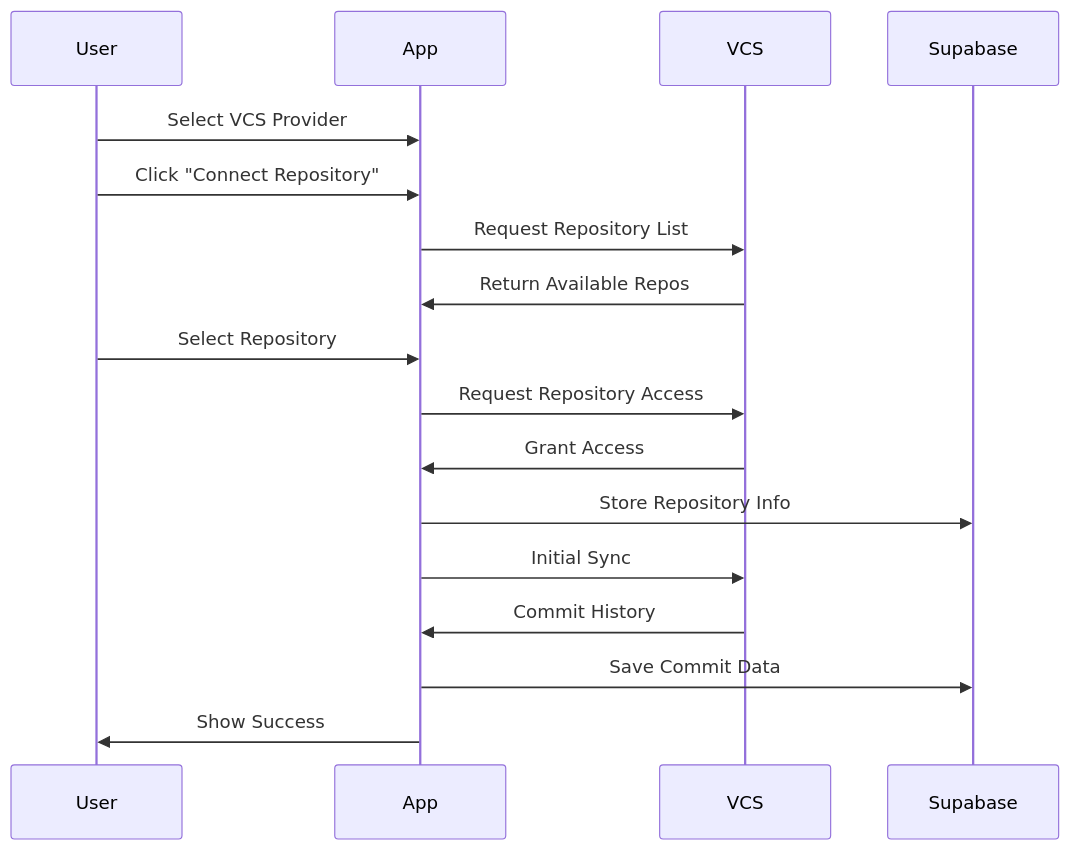
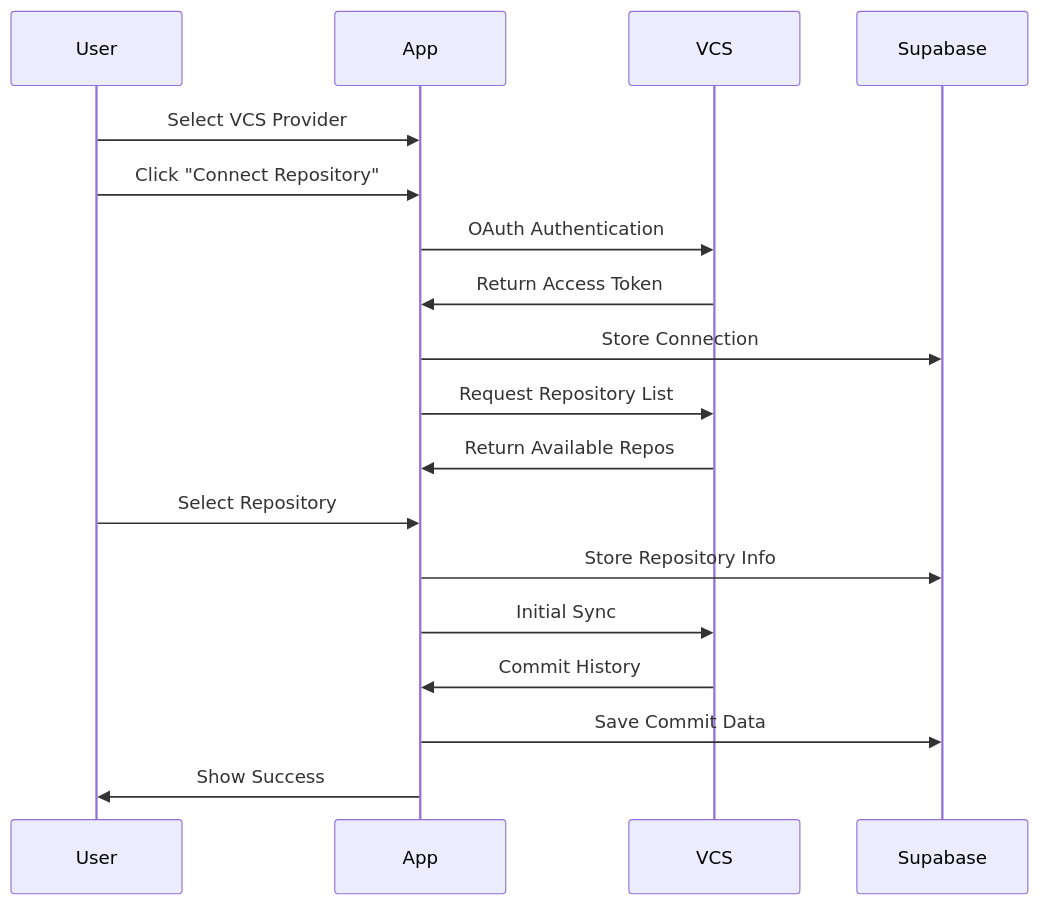
Before and after one commit to marcstampfli/gitfables: the diagram in docs/features/repositories.md, drawn with Mermaid. The commit also changed other lines of this file and 11 other files, not shown here.

````diff
--- a/docs/features/repositories.md
+++ b/docs/features/repositories.md
@@ -21,20 +24,21 @@
 ```mermaid
 sequenceDiagram
     participant User
     participant App
     participant VCS
     participant Supabase
 
     User->>App: Select VCS Provider
     User->>App: Click "Connect Repository"
+    App->>VCS: OAuth Authentication
+    VCS->>App: Return Access Token
+    App->>Supabase: Store Connection
     App->>VCS: Request Repository List
     VCS->>App: Return Available Repos
     User->>App: Select Repository
-    App->>VCS: Request Repository Access
-    VCS->>App: Grant Access
     App->>Supabase: Store Repository Info
     App->>VCS: Initial Sync
     VCS->>App: Commit History
     App->>Supabase: Save Commit Data
     App->>User: Show Success
 ```
````
